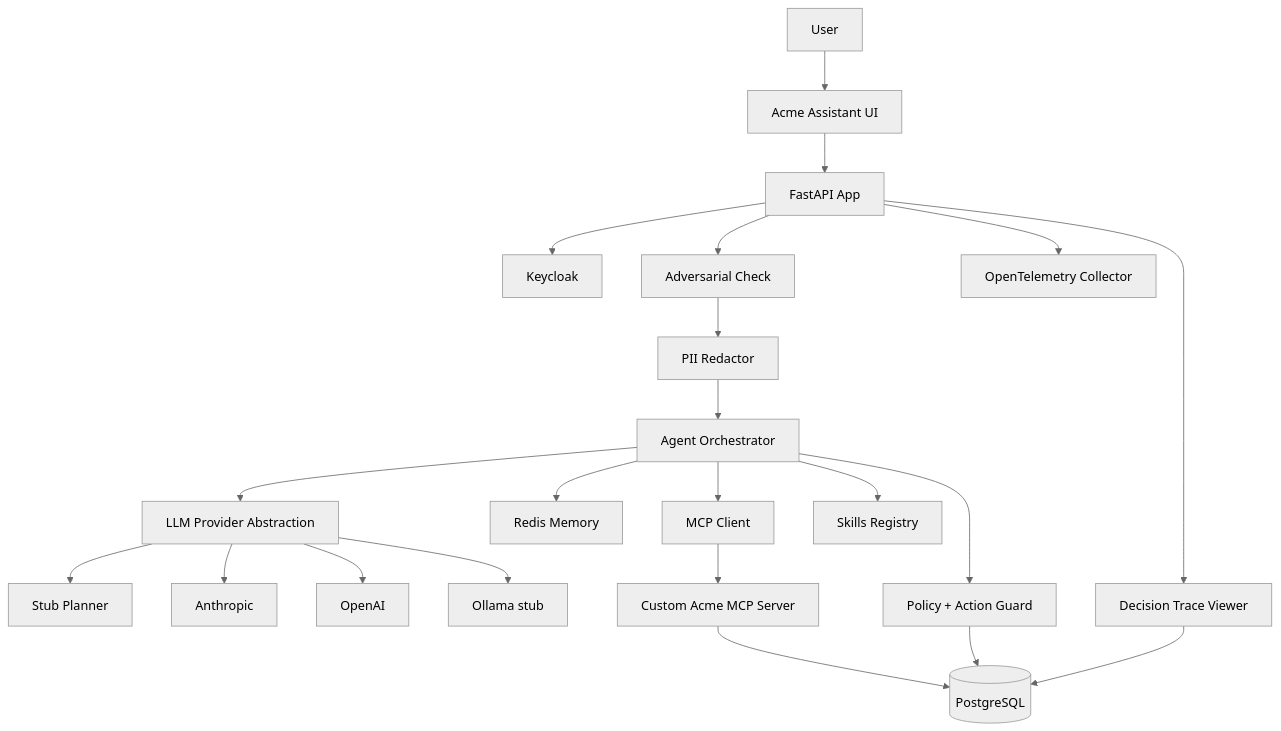
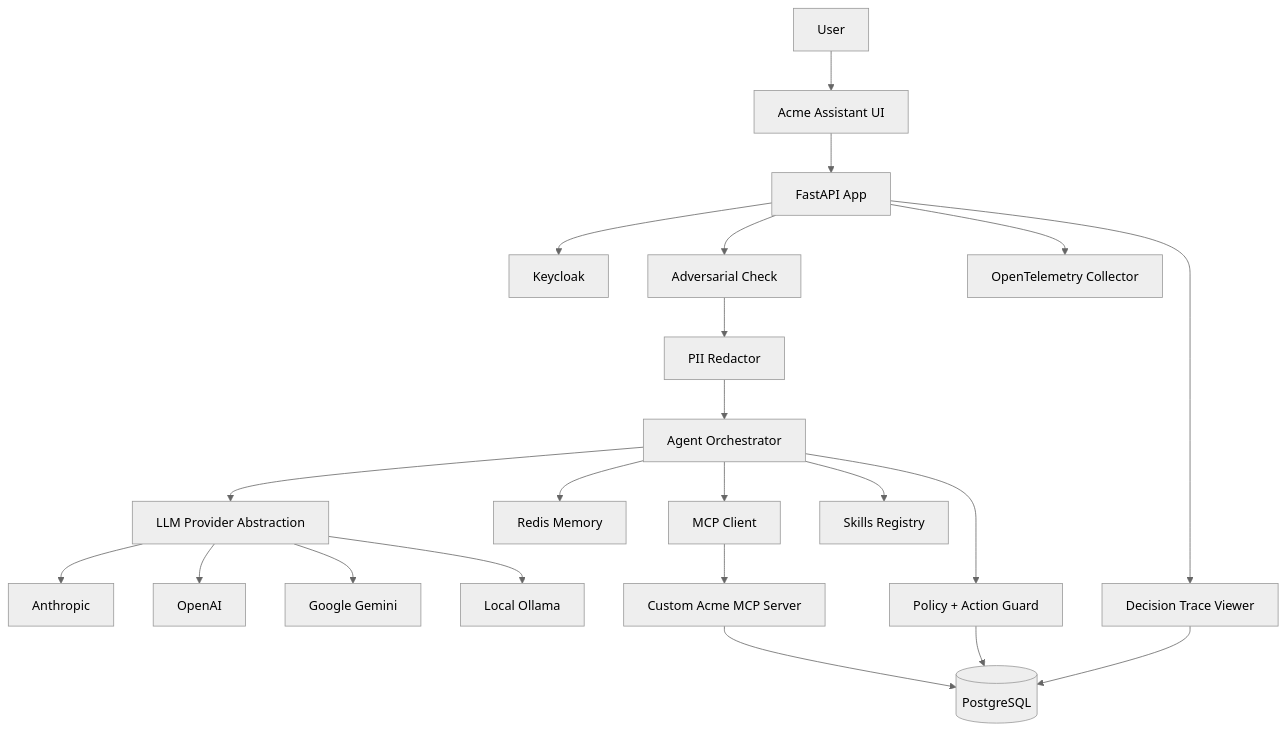
Before and after one commit to kvcom/ACME: the diagram in README.md, drawn with Mermaid (neutral theme). The commit also changed other lines of this file and 16 other files, not shown here.

````diff
--- a/README.md
+++ b/README.md
@@ -36,24 +36,24 @@
 ```mermaid
 flowchart TD
     U[User] --> UI[Acme Assistant UI]
     UI --> API[FastAPI App]
     API --> KC[Keycloak]
     API --> ADV[Adversarial Check]
     ADV --> PII[PII Redactor]
     PII --> AG[Agent Orchestrator]
     AG --> LLM[LLM Provider Abstraction]
-    LLM --> STUB[Stub Planner]
     LLM --> ANT[Anthropic]
     LLM --> OAI[OpenAI]
-    LLM --> OLL[Ollama stub]
+    LLM --> GOO[Google Gemini]
+    LLM --> OLL[Local Ollama]
     AG --> REDIS[Redis Memory]
     AG --> MCP[MCP Client]
     MCP --> MCPS[Custom Acme MCP Server]
     MCPS --> PG[(PostgreSQL)]
     AG --> SK[Skills Registry]
     AG --> POL[Policy + Action Guard]
     POL --> PG
     API --> TRACE[Decision Trace Viewer]
     API --> OTEL[OpenTelemetry Collector]
     TRACE --> PG
 ```
````
